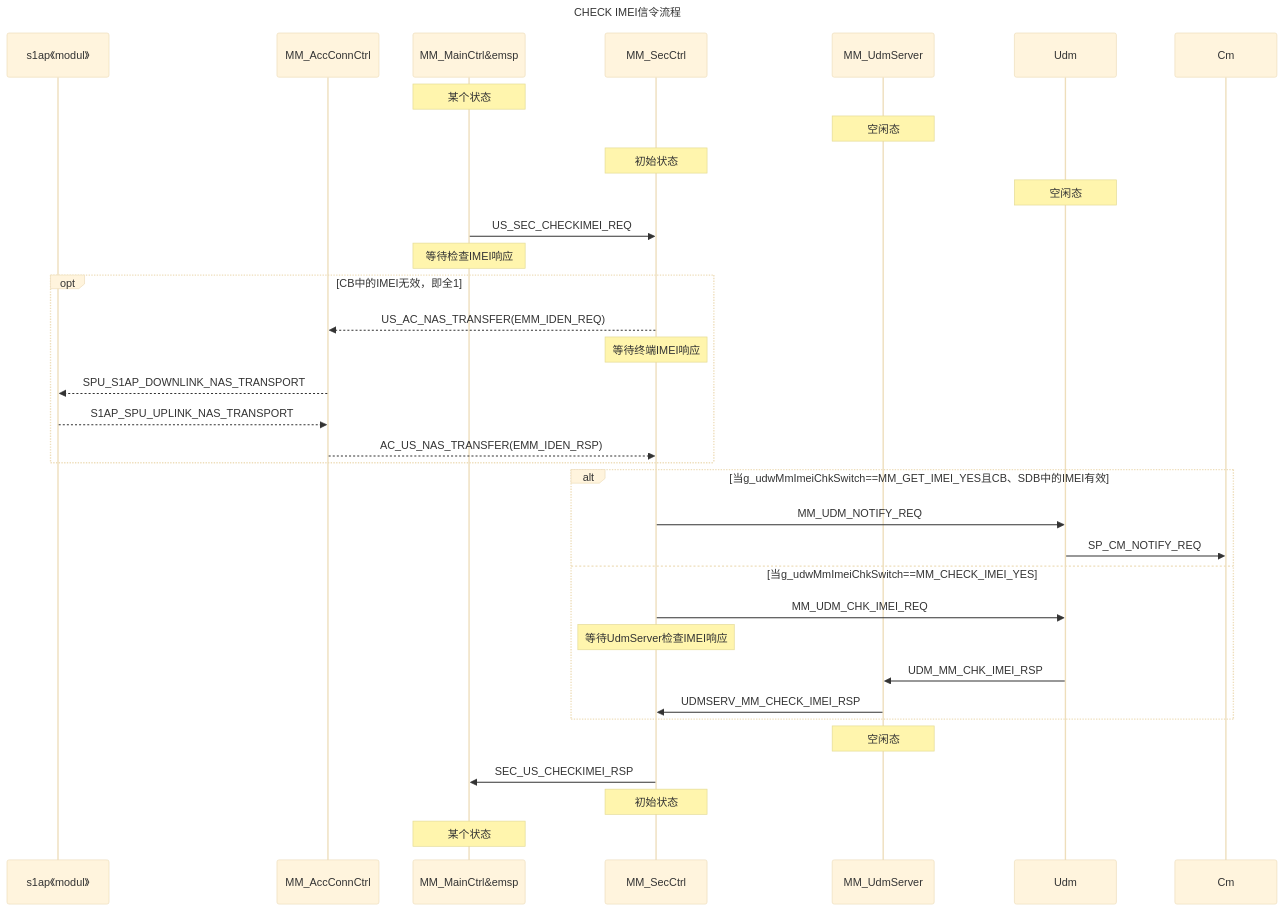
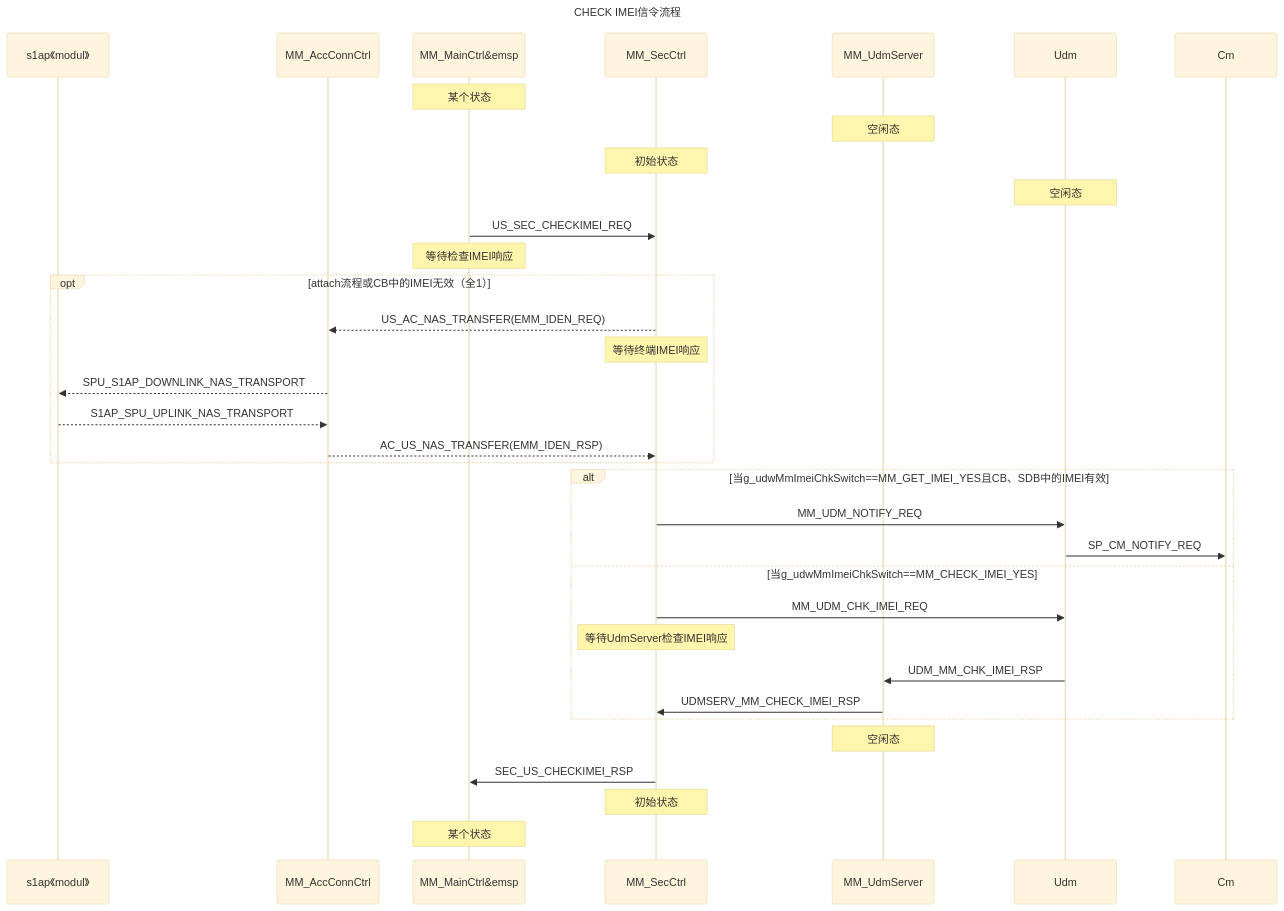
Before and after one commit to liao20081228/blog: the third of 4 diagrams in 4G/SMC与CHECK EMEI.md, drawn with Mermaid (base theme). The commit also changed other lines of this file, not shown here.

````diff
--- a/4G/SMC与CHECK EMEI.md
+++ b/4G/SMC与CHECK EMEI.md
@@ -89,43 +89,43 @@
 ```mermaid!
 sequenceDiagram
 
 title: CHECK IMEI信令流程
 participant s1 as s1ap《modul》
 participant A as MM_AccConnCtrl
 participant M as MM_MainCtrl&emsp;
 participant S as MM_SecCtrl
 participant US as MM_UdmServer
 participant U as Udm
 participant C as Cm
 
 note over M: 某个状态
 note over US:空闲态
 note over S: 初始状态
 note over U:空闲态
 M->>S:US_SEC_CHECKIMEI_REQ
 note over M:等待检查IMEI响应
-opt CB中的IMEI无效，即全1
+opt attach流程或CB中的IMEI无效（全1）
 S-->>A:US_AC_NAS_TRANSFER(EMM_IDEN_REQ)
 note over S:等待终端IMEI响应
 A-->>s1:SPU_S1AP_DOWNLINK_NAS_TRANSPORT
 s1-->>A:S1AP_SPU_UPLINK_NAS_TRANSPORT
 A-->>S:AC_US_NAS_TRANSFER(EMM_IDEN_RSP)
 end
 
 alt 当g_udwMmImeiChkSwitch==MM_GET_IMEI_YES且CB、SDB中的IMEI有效
 S->>U:MM_UDM_NOTIFY_REQ
 U->>C:SP_CM_NOTIFY_REQ
 
 else 当g_udwMmImeiChkSwitch==MM_CHECK_IMEI_YES
 S->>U:MM_UDM_CHK_IMEI_REQ
 note over S:等待UdmServer检查IMEI响应
 U->>US:UDM_MM_CHK_IMEI_RSP
 US->>S:UDMSERV_MM_CHECK_IMEI_RSP
 end
 note over US:空闲态
 S->>M:SEC_US_CHECKIMEI_RSP
 note over S:初始状态
 note over M:某个状态
 
 
 ```
````
